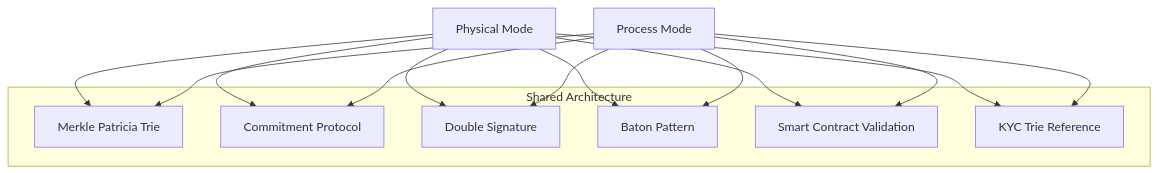
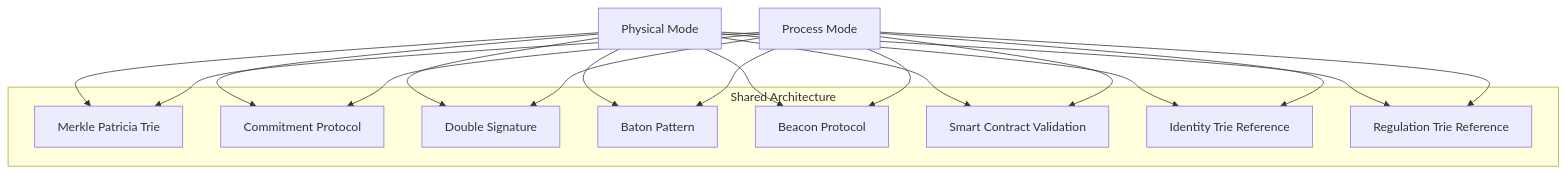
Before and after one commit to lambdasistemi/cardano-for-regulators: diagram 18 of 20 in docs/framework/schema.md, drawn with Mermaid. The commit also changed other lines of this file and 8 other files, not shown here.

First line of the commit message:
Fix mermaid HTML labels and deploy on every push (#5)

````diff
--- a/docs/framework/schema.md
+++ b/docs/framework/schema.md
@@ -507,24 +727,30 @@
 ```mermaid
 graph TD
     subgraph Shared Architecture
         MPT[Merkle Patricia Trie]
         COMMIT[Commitment Protocol]
         DSIG[Double Signature]
         BATON[Baton Pattern]
+        BEACON[Beacon Protocol]
         SC[Smart Contract Validation]
-        KYCC[KYC Trie Reference]
+        IDPC[Identity Trie Reference]
+        REGC[Regulation Trie Reference]
     end
 
     PHYS[Physical Mode] --> MPT
     PROC[Process Mode] --> MPT
     PHYS --> COMMIT
     PROC --> COMMIT
     PHYS --> DSIG
     PROC --> DSIG
     PHYS --> BATON
     PROC --> BATON
+    PHYS --> BEACON
+    PROC --> BEACON
     PHYS --> SC
     PROC --> SC
-    PHYS --> KYCC
-    PROC --> KYCC
+    PHYS --> IDPC
+    PROC --> IDPC
+    PHYS --> REGC
+    PROC --> REGC
 ```
````
